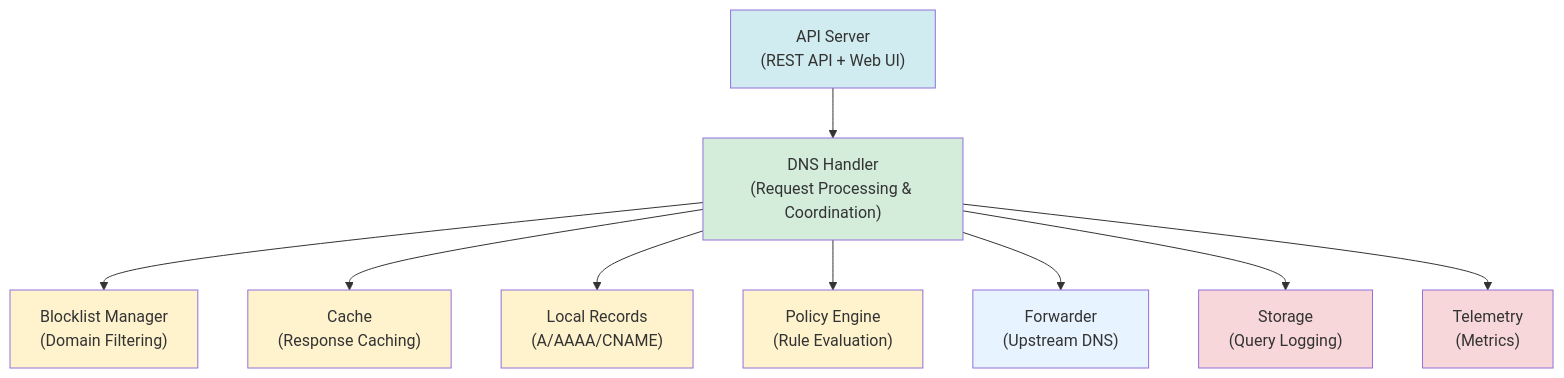
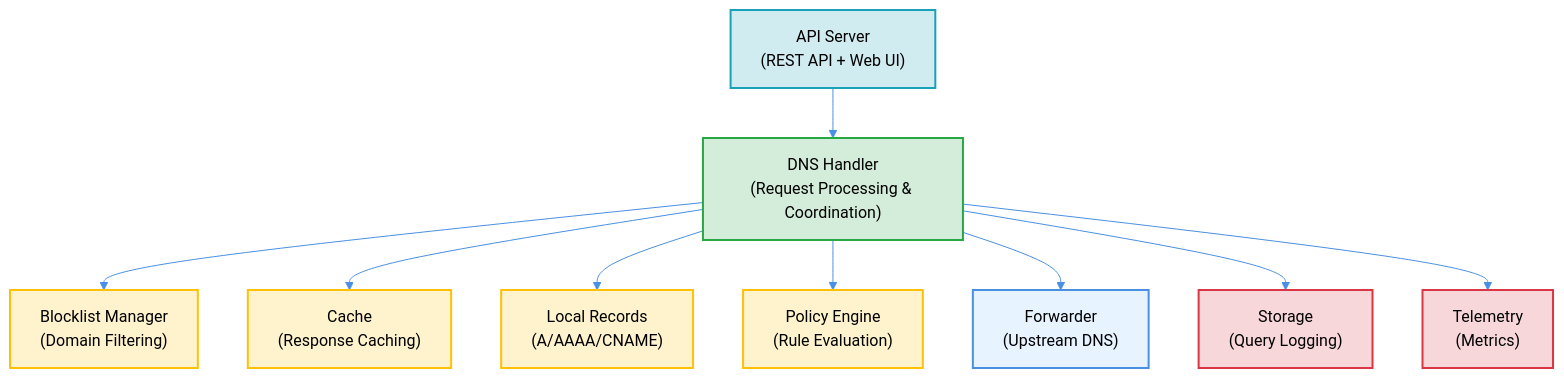
The first of 2 diagrams in docs/architecture/components.md (erfianugrah/gloryhole), drawn with Mermaid before and after one commit. The commit also changed other lines of this file and 15 other files, not shown here.

First line of the commit message:
Update documentation to v0.7.8 and fix diagram contrast

````diff
--- a/docs/architecture/components.md
+++ b/docs/architecture/components.md
@@ -42,32 +42,33 @@
 ```mermaid
+%%{init: {'theme':'base', 'themeVariables': { 'primaryColor':'#e1f5ff','primaryTextColor':'#000','primaryBorderColor':'#4a90e2','lineColor':'#4a90e2','secondaryColor':'#f0f0f0','tertiaryColor':'#fff'}}}%%
 graph TB
     API["API Server<br/>(REST API + Web UI)"]
     Handler["DNS Handler<br/>(Request Processing & Coordination)"]
 
     Telemetry["Telemetry<br/>(Metrics)"]
     Storage["Storage<br/>(Query Logging)"]
     Forwarder["Forwarder<br/>(Upstream DNS)"]
     PolicyEngine["Policy Engine<br/>(Rule Evaluation)"]
     LocalRecords["Local Records<br/>(A/AAAA/CNAME)"]
     Cache["Cache<br/>(Response Caching)"]
     Blocklist["Blocklist Manager<br/>(Domain Filtering)"]
 
     API --> Handler
     Handler --> Blocklist
     Handler --> Cache
     Handler --> LocalRecords
     Handler --> PolicyEngine
     Handler --> Forwarder
     Handler --> Storage
     Handler --> Telemetry
 
-    style API fill:#d1ecf1
-    style Handler fill:#d4edda
-    style Blocklist fill:#fff3cd
-    style Cache fill:#fff3cd
-    style LocalRecords fill:#fff3cd
-    style PolicyEngine fill:#fff3cd
-    style Forwarder fill:#e7f3ff
-    style Storage fill:#f8d7da
-    style Telemetry fill:#f8d7da
+    style API fill:#d1ecf1,stroke:#17a2b8,stroke-width:2px,color:#000
+    style Handler fill:#d4edda,stroke:#28a745,stroke-width:2px,color:#000
+    style Blocklist fill:#fff3cd,stroke:#ffc107,stroke-width:2px,color:#000
+    style Cache fill:#fff3cd,stroke:#ffc107,stroke-width:2px,color:#000
+    style LocalRecords fill:#fff3cd,stroke:#ffc107,stroke-width:2px,color:#000
+    style PolicyEngine fill:#fff3cd,stroke:#ffc107,stroke-width:2px,color:#000
+    style Forwarder fill:#e7f3ff,stroke:#4a90e2,stroke-width:2px,color:#000
+    style Storage fill:#f8d7da,stroke:#dc3545,stroke-width:2px,color:#000
+    style Telemetry fill:#f8d7da,stroke:#dc3545,stroke-width:2px,color:#000
 ```
````
